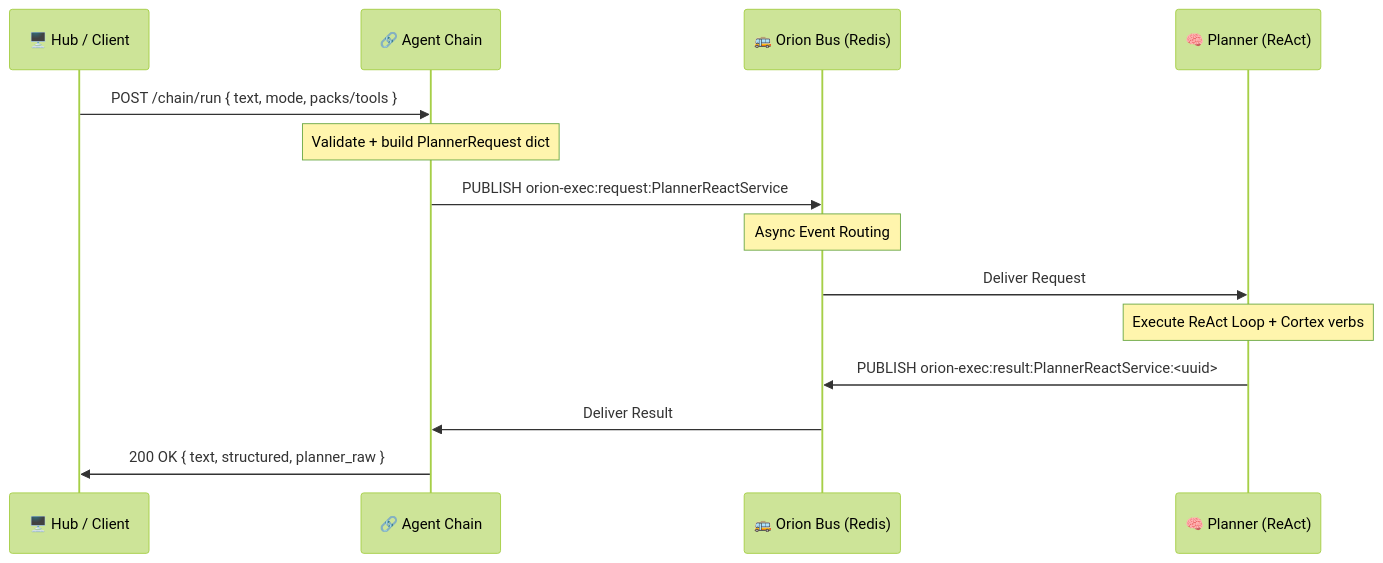
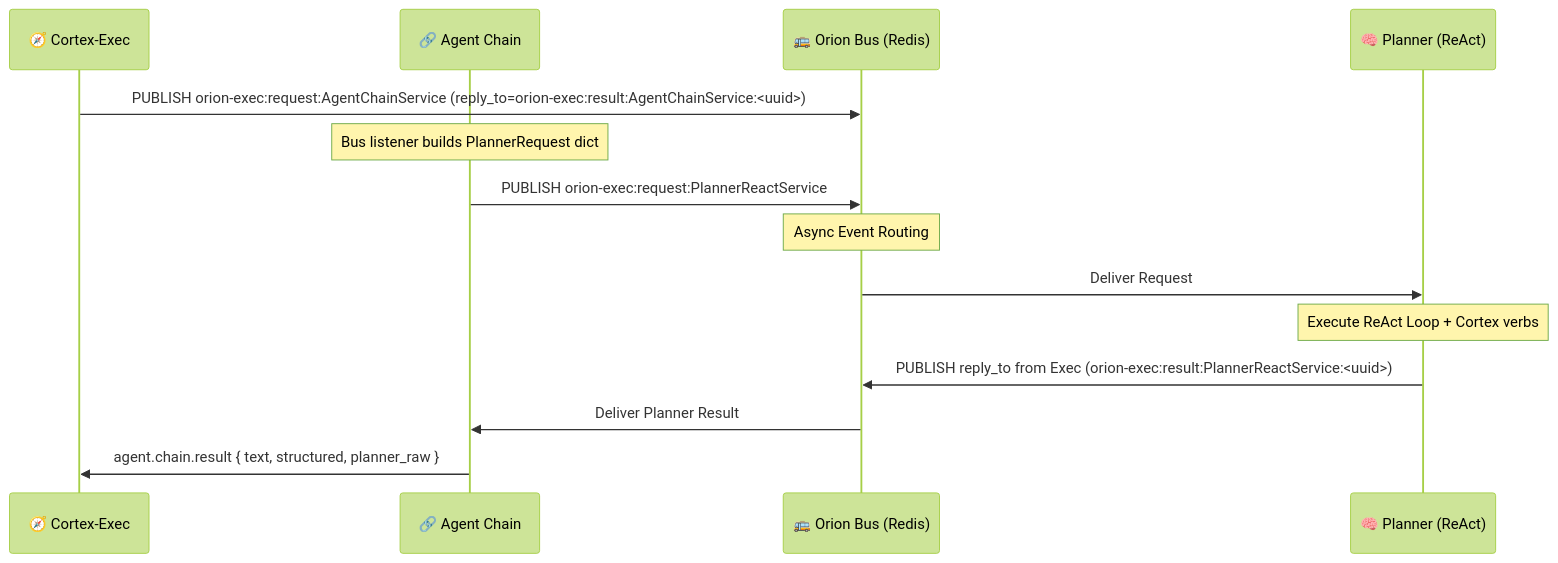
Before and after one commit to junebug-junie/Orion-Sapienform: the diagram in services/orion-agent-chain/README.md, drawn with Mermaid (forest theme). The commit also changed other lines of this file and 10 other files, not shown here.

Commit message:
Align LLM bus docs with current service channels

````diff
--- a/services/orion-agent-chain/README.md
+++ b/services/orion-agent-chain/README.md
@@ -22,21 +28,21 @@
 ```mermaid
 sequenceDiagram
-    participant Client as 🖥️ Hub / Client
+    participant Exec as 🧭 Cortex-Exec
     participant Chain as 🔗 Agent Chain
     participant Bus as 🚌 Orion Bus (Redis)
     participant Planner as 🧠 Planner (ReAct)
 
-    Client->>Chain: POST /chain/run { text, mode, packs/tools }
-    Note over Chain: Validate + build PlannerRequest dict
+    Exec->>Bus: PUBLISH orion-exec:request:AgentChainService (reply_to=orion-exec:result:AgentChainService:<uuid>)
+    Note over Chain: Bus listener builds PlannerRequest dict
 
     Chain->>Bus: PUBLISH orion-exec:request:PlannerReactService
     Note over Bus: Async Event Routing
 
     Bus->>Planner: Deliver Request
     Note over Planner: Execute ReAct Loop + Cortex verbs
 
-    Planner->>Bus: PUBLISH orion-exec:result:PlannerReactService:<uuid>
-    Bus->>Chain: Deliver Result
+    Planner->>Bus: PUBLISH reply_to from Exec (orion-exec:result:PlannerReactService:<uuid>)
+    Bus->>Chain: Deliver Planner Result
 
-    Chain->>Client: 200 OK { text, structured, planner_raw }
+    Chain->>Exec: agent.chain.result { text, structured, planner_raw }
 ```
````
